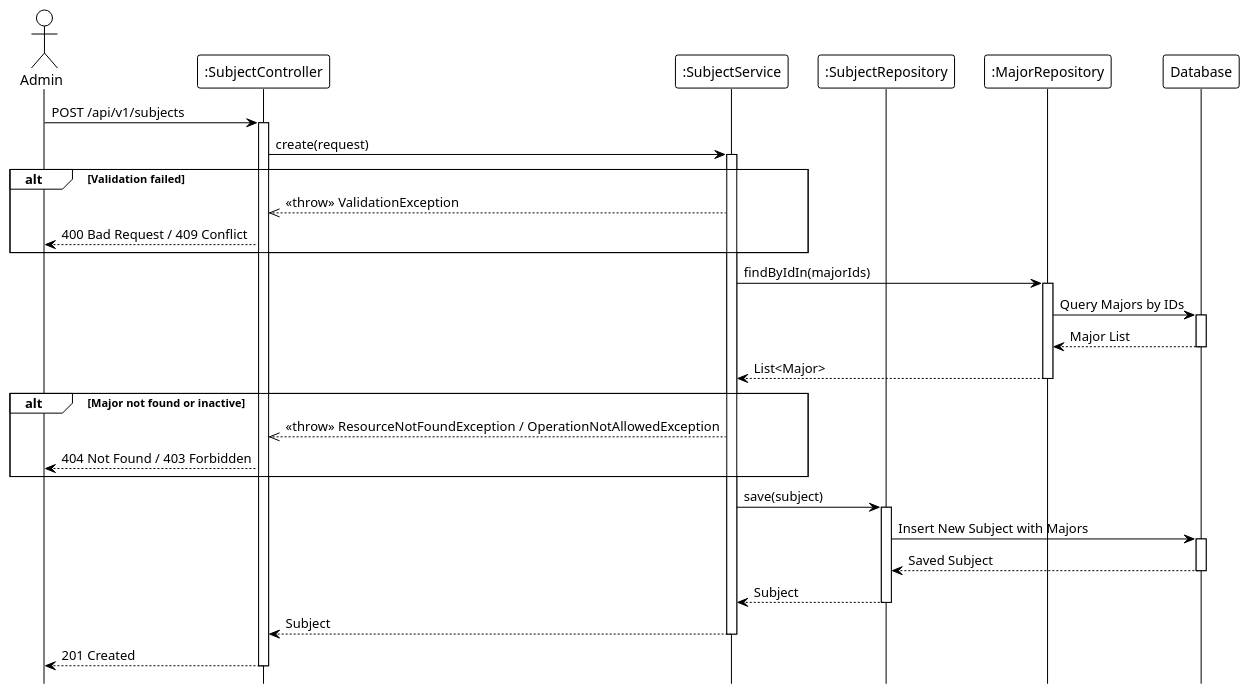
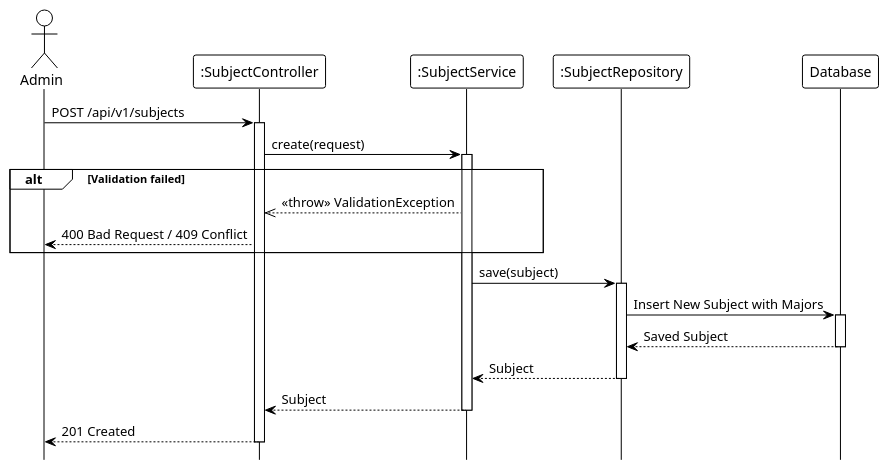
One commit to Ndh474/context changed the diagram in system_detailed_design/19_create_subject/sequence_diagram_create_subject.puml. Above: the diagram before and after it, drawn with PlantUML. The commit also changed 23 other files, not shown here.

```diff
--- a/system_detailed_design/19_create_subject/sequence_diagram_create_subject.puml
+++ b/system_detailed_design/19_create_subject/sequence_diagram_create_subject.puml
@@ -1,62 +1,42 @@
 @startuml create_subject
 !theme plain
 hide footbox
 
 actor Admin
 participant ":SubjectController" as Controller
 participant ":SubjectService" as Service
-participant ":SubjectRepository" as SubjectRepo
-participant ":MajorRepository" as MajorRepo
+participant ":SubjectRepository" as Repository
 participant "Database" as DB
 
 ' --- MAIN FLOW ---
 Admin -> Controller: POST /api/v1/subjects
 activate Controller
 
 Controller -> Service: create(request)
 activate Service
 
-' --- VALIDATION LOGIC ---
-' Validation logic (internal)
+' Validation logic (internal: code/name uniqueness, major validation)
 
 alt Validation failed
     Service -->> Controller: <<throw>> ValidationException
     Controller --> Admin: 400 Bad Request / 409 Conflict
 end
 
-' --- VALIDATE MAJORS ---
-Service -> MajorRepo: findByIdIn(majorIds)
-activate MajorRepo
+Service -> Repository: save(subject)
+activate Repository
 
-MajorRepo -> DB: Query Majors by IDs
+Repository -> DB: Insert New Subject with Majors
 activate DB
-DB --> MajorRepo: Major List
+DB --> Repository: Saved Subject
 deactivate DB
 
-MajorRepo --> Service: List<Major>
-deactivate MajorRepo
-
-alt Major not found or inactive
-    Service -->> Controller: <<throw>> ResourceNotFoundException / OperationNotAllowedException
-    Controller --> Admin: 404 Not Found / 403 Forbidden
-end
-
-' --- SAVE TO DATABASE ---
-Service -> SubjectRepo: save(subject)
-activate SubjectRepo
-
-SubjectRepo -> DB: Insert New Subject with Majors
-activate DB
-DB --> SubjectRepo: Saved Subject
-deactivate DB
-
-SubjectRepo --> Service: Subject
-deactivate SubjectRepo
+Repository --> Service: Subject
+deactivate Repository
 
 Service --> Controller: Subject
 deactivate Service
 
 Controller --> Admin: 201 Created
 deactivate Controller
 
 @enduml
```
